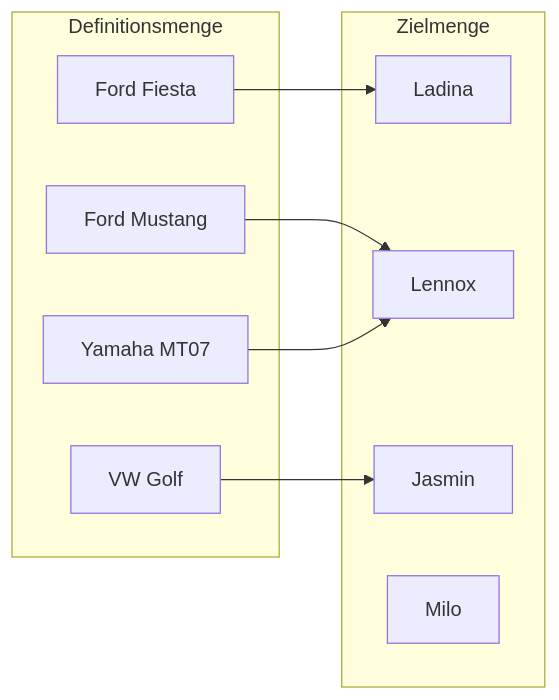
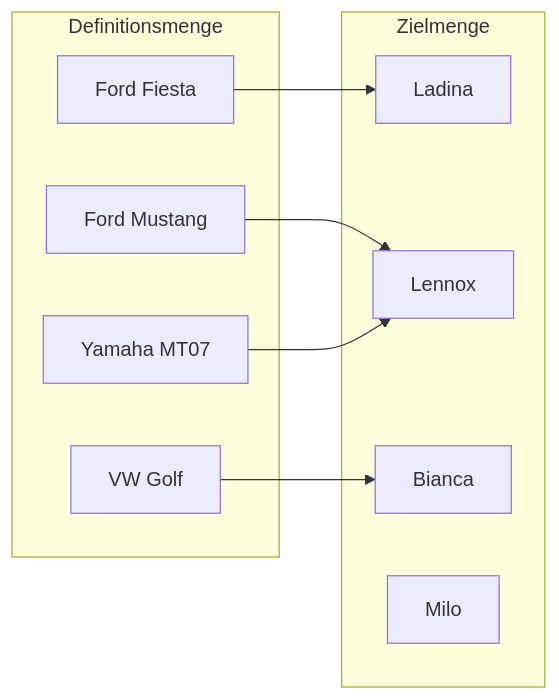
One commit to angstle/mat4c changed the diagram in 1_quad_funktionen.qmd. Above: the diagram before and after it, drawn with Mermaid. The commit also changed other lines of this file and 73 other files, not shown here.

````diff
--- a/1_quad_funktionen.qmd
+++ b/1_quad_funktionen.qmd
@@ -23,26 +44,26 @@
 ```{mermaid}
 flowchart LR
 
   %% Definitionsmenge
   subgraph Definitionsmenge
     A["Ford Mustang"]
     B["VW Golf"]
     C["Yamaha MT07"]
     D["Ford Fiesta"]
   end
 
   %% Zielmenge
   subgraph Zielmenge
     E[Ladina]
     F[Lennox]
-    G[Jasmin]
+    G[Bianca]
     H[Milo]
   end
 
   %% Beziehungen (Funktionen)
   A --> F
   B --> G
   C --> F
   D --> E
 
 ```
````
